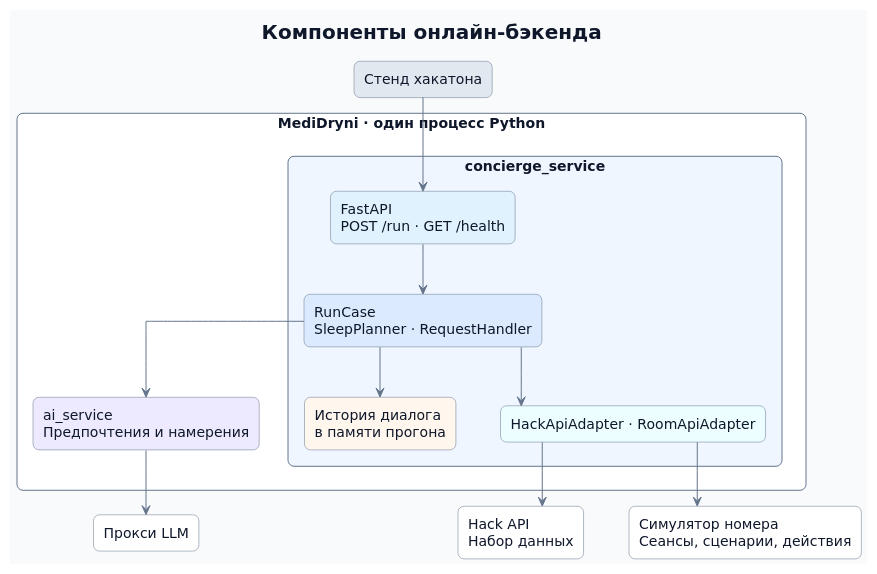
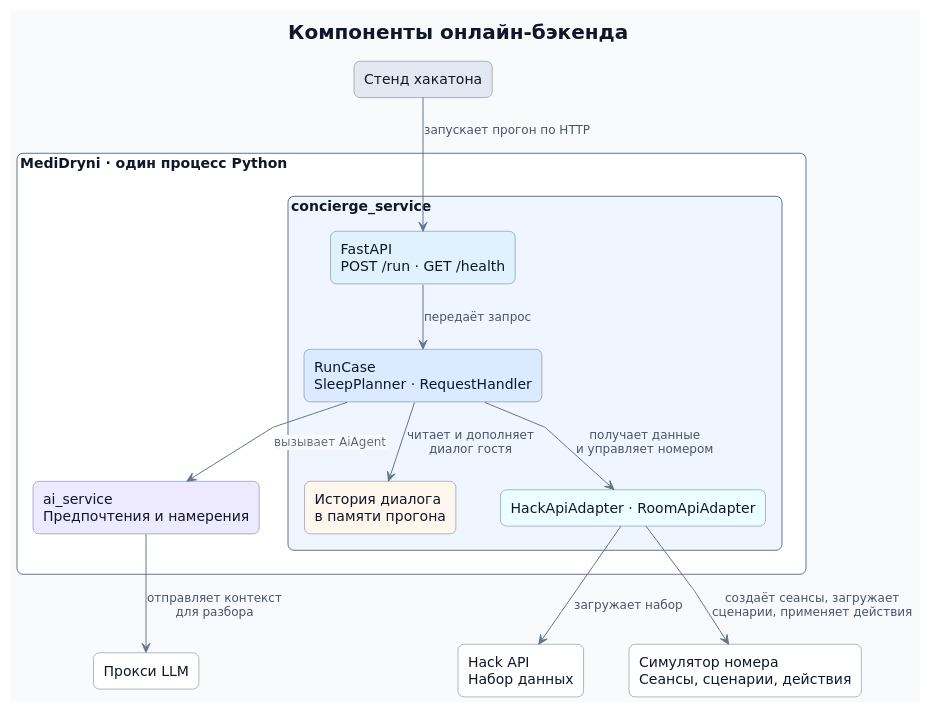
One commit to Krovenmor/sain-hack-2026-MediDryni changed the diagram in docs/plan/c2-component.puml. Above: the diagram before and after it, drawn with PlantUML. The commit also changed 4 other files, not shown here.

```diff
--- a/docs/plan/c2-component.puml
+++ b/docs/plan/c2-component.puml
@@ -1,47 +1,48 @@
 @startuml
 title Компоненты онлайн-бэкенда
 
 skinparam backgroundColor #F8FAFC
 skinparam defaultFontName "DejaVu Sans"
 skinparam defaultFontSize 14
 skinparam defaultFontColor #0F172A
 skinparam titleFontSize 20
+skinparam packageTitleAlignment left
 skinparam titleFontColor #0F172A
 skinparam shadowing false
-skinparam linetype ortho
+skinparam linetype polyline
 skinparam nodesep 45
 skinparam ranksep 50
 skinparam roundCorner 12
 skinparam ArrowColor #64748B
 skinparam ArrowFontColor #475569
 skinparam ArrowFontSize 12
 skinparam rectangle {
   BorderColor #64748B
   FontColor #0F172A
 }
 
 rectangle "Стенд хакатона" as caller #E2E8F0
 
 rectangle "MediDryni · один процесс Python" #FFFFFF {
   rectangle "concierge_service" #EFF6FF {
     rectangle "FastAPI\nPOST /run · GET /health" as http #E0F2FE
     rectangle "RunCase\nSleepPlanner · RequestHandler" as core #DBEAFE
     rectangle "История диалога\nв памяти прогона" as store #FFF7ED
     rectangle "HackApiAdapter · RoomApiAdapter" as adapters #ECFEFF
   }
   rectangle "ai_service\nПредпочтения и намерения" as ai #EDE9FE
 }
 
 rectangle "Hack API\nНабор данных" as dataset #FFFFFF
 rectangle "Симулятор номера\nСеансы, сценарии, действия" as room #FFFFFF
 rectangle "Прокси LLM" as llm #FFFFFF
 
-caller --> http
-http --> core
-core --> ai
-core --> adapters
-core --> store
-adapters --> dataset
-adapters --> room
-ai --> llm
+caller --> http : запускает прогон по HTTP
+http --> core : передаёт запрос
+core --> ai : <back:#F8FAFC>вызывает AiAgent</back>
+core --> adapters : получает данные\nи управляет номером
+core --> store : читает и дополняет\nдиалог гостя
+adapters --> dataset : загружает набор
+adapters --> room : создаёт сеансы, загружает\nсценарии, применяет действия
+ai --> llm : отправляет контекст\nдля разбора
 @enduml
```
